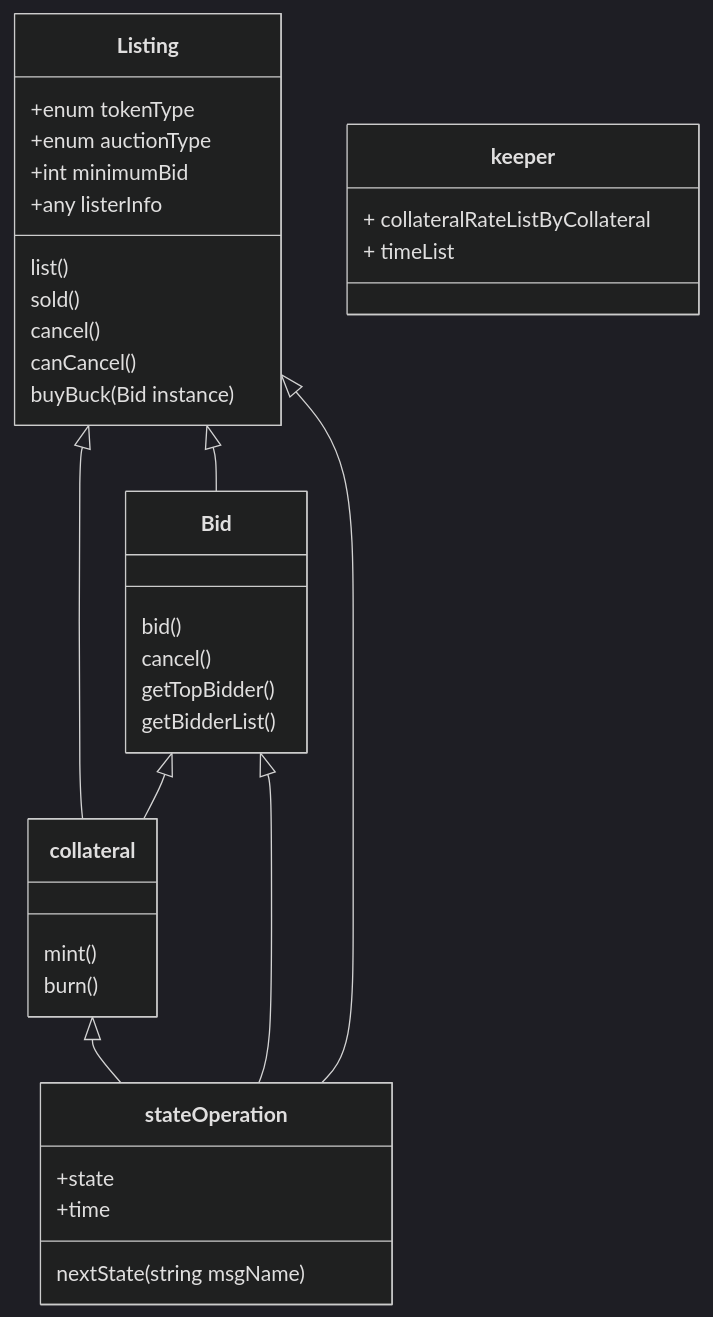
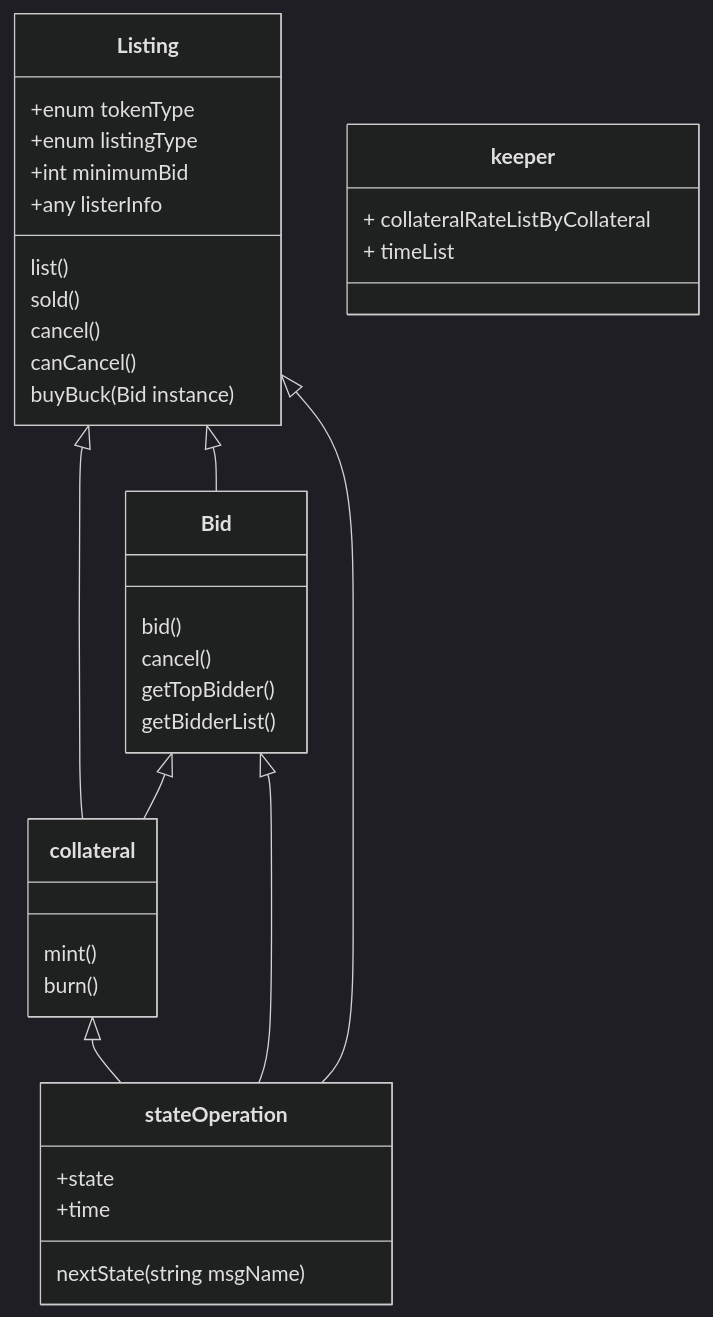
The diagram in x/nftmarket/spec/09_class_diagram.md (UnUniFi/chain), drawn with Mermaid (dark theme) before and after one commit. The commit also changed other lines of this file and 8 other files, not shown here.

Commit message:
replace auction related term to listing

````diff
--- a/x/nftmarket/spec/09_class_diagram.md
+++ b/x/nftmarket/spec/09_class_diagram.md
@@ -3,39 +3,39 @@
 ```mermaid
  classDiagram
       Listing <|-- collateral
       Listing <|-- Bid
       Bid <|-- collateral
       collateral <|-- stateOperation
       Bid <|-- stateOperation
       Listing <|-- stateOperation
       class Listing{
           +enum tokenType
-          +enum auctionType
+          +enum listingType
           +int minimumBid
           +any listerInfo
           list()
           sold()
           cancel()
           canCancel()
           buyBuck(Bid instance)
       }
       class Bid{
           bid()
           cancel()
           getTopBidder()
           getBidderList()
       }
       class collateral {
           mint()
           burn()
       }
       class stateOperation {
           +state
           +time
           nextState(string msgName)
       }
       class keeper{
           + collateralRateListByCollateral
           + timeList
       }
 ```
````
